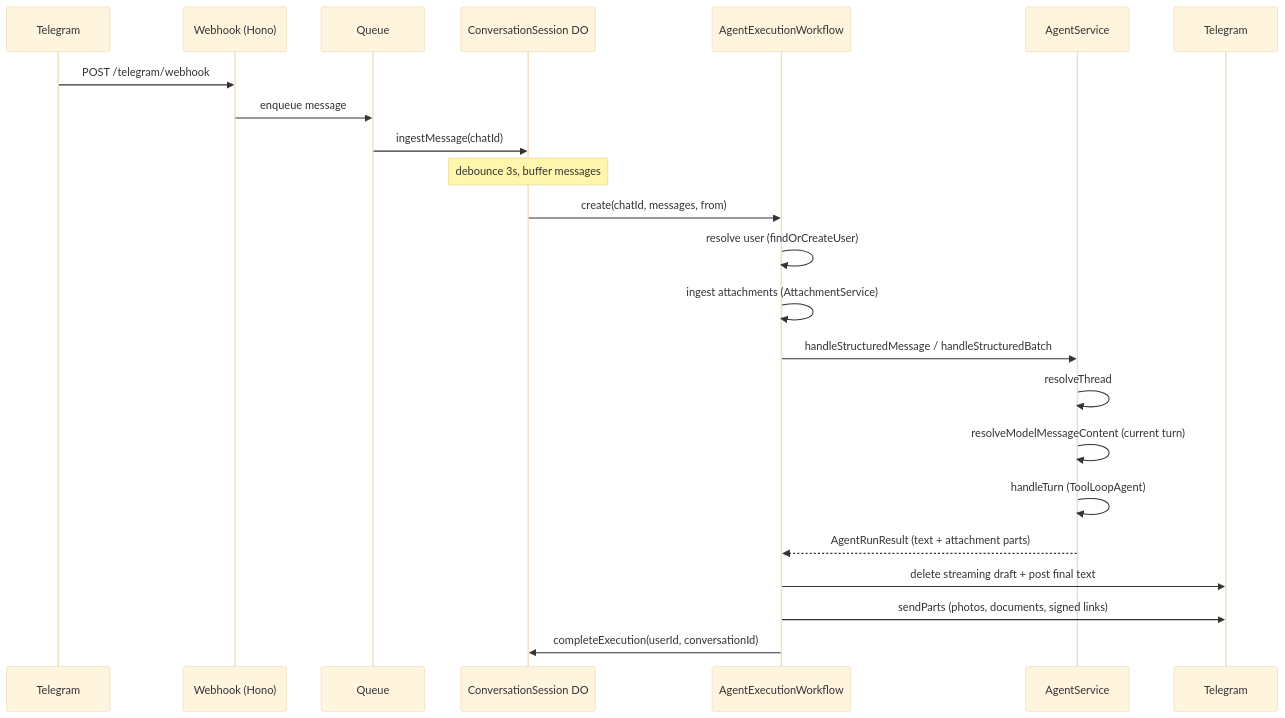
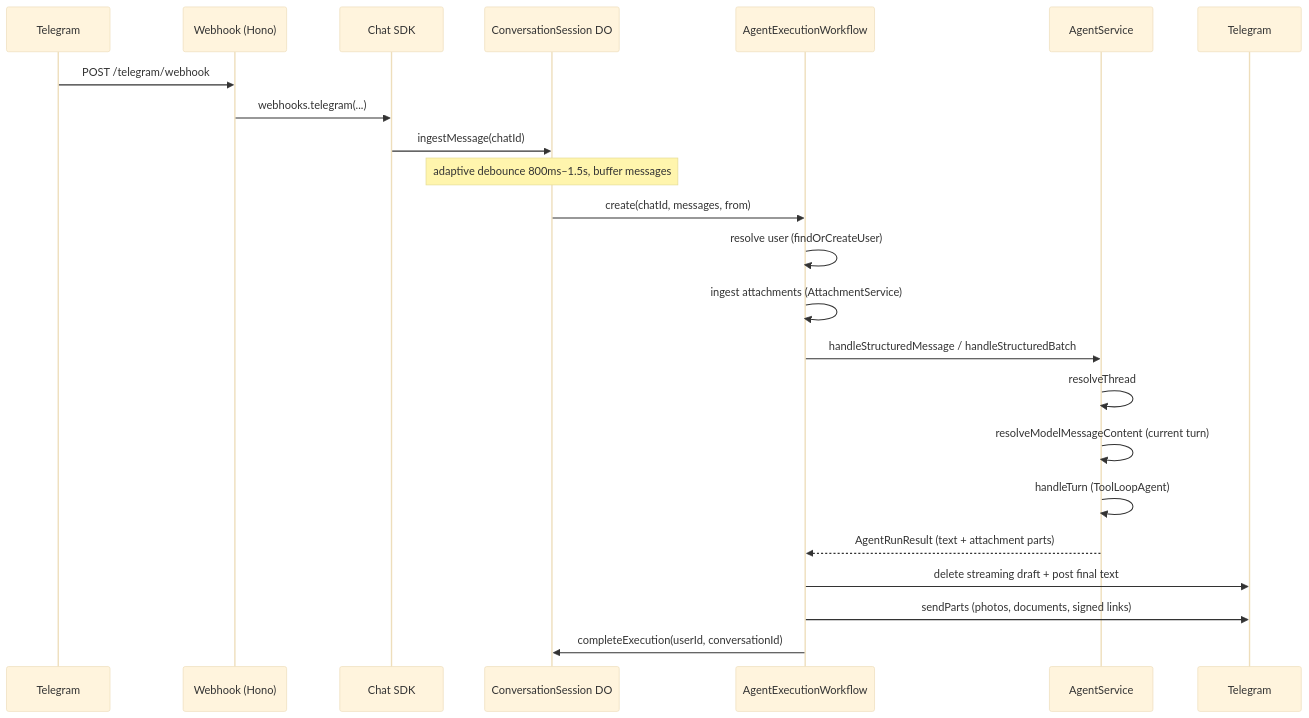
Before and after one commit to punitarani/amby: the first of 4 diagrams in docs/RUNTIME.md, drawn with Mermaid (base theme). The commit also changed other lines of this file and 10 other files, not shown here.

````diff
--- a/docs/RUNTIME.md
+++ b/docs/RUNTIME.md
@@ -7,26 +7,26 @@
 ```mermaid
 sequenceDiagram
     participant TG as Telegram
     participant WH as Webhook (Hono)
-    participant Q as Queue
+    participant SDK as Chat SDK
     participant DO as ConversationSession DO
     participant WF as AgentExecutionWorkflow
     participant AG as AgentService
     participant TG2 as Telegram
 
     TG->>WH: POST /telegram/webhook
-    WH->>Q: enqueue message
-    Q->>DO: ingestMessage(chatId)
-    Note over DO: debounce 3s, buffer messages
+    WH->>SDK: webhooks.telegram(...)
+    SDK->>DO: ingestMessage(chatId)
+    Note over DO: adaptive debounce 800ms–1.5s, buffer messages
     DO->>WF: create(chatId, messages, from)
     WF->>WF: resolve user (findOrCreateUser)
     WF->>WF: ingest attachments (AttachmentService)
     WF->>AG: handleStructuredMessage / handleStructuredBatch
     AG->>AG: resolveThread
     AG->>AG: resolveModelMessageContent (current turn)
     AG->>AG: handleTurn (ToolLoopAgent)
     AG-->>WF: AgentRunResult (text + attachment parts)
     WF->>TG2: delete streaming draft + post final text
     WF->>TG2: sendParts (photos, documents, signed links)
     WF->>DO: completeExecution(userId, conversationId)
 ```
````
